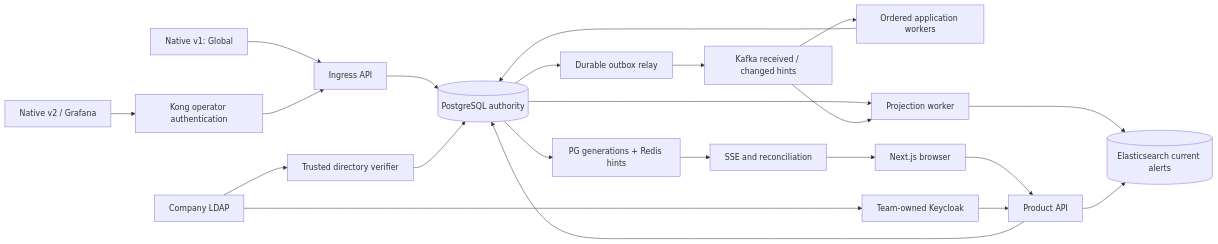
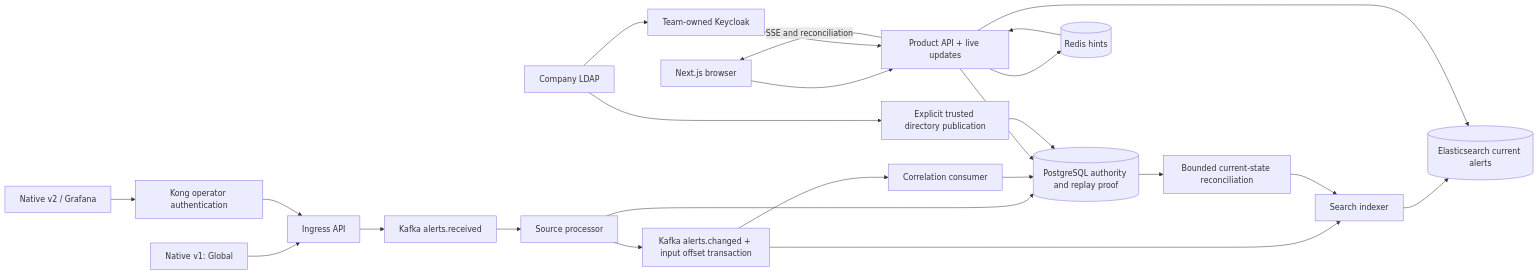
The diagram in specs/spec-alerts-management-system.md (keep-alert-operations/keep-design), drawn with Mermaid before and after one commit. The commit also changed other lines of this file and 19 other files, not shown here.

````diff
--- a/specs/spec-alerts-management-system.md
+++ b/specs/spec-alerts-management-system.md
@@ -57,24 +62,26 @@
 ```mermaid
 flowchart LR
   V1[Native v1: Global] --> Ingress[Ingress API]
   V2[Native v2 / Grafana] --> Kong[Kong operator authentication]
   Kong --> Ingress
-  Ingress --> PG[(PostgreSQL authority)]
-  PG --> Relay[Durable outbox relay]
-  Relay --> Kafka[Kafka received / changed hints]
-  Kafka --> Workers[Ordered application workers]
-  Workers --> PG
-  PG --> Indexer[Projection worker]
-  Kafka --> Indexer
+  Ingress --> Received[Kafka alerts.received]
+  Received --> Source[Source processor]
+  Source --> PG[(PostgreSQL authority and replay proof)]
+  Source --> Changed[Kafka alerts.changed + input offset transaction]
+  Changed --> Correlation[Correlation consumer]
+  Correlation --> PG
+  Changed --> Indexer[Search indexer]
+  PG --> Reconcile[Bounded current-state reconciliation]
+  Reconcile --> Indexer
   Indexer --> ES[(Elasticsearch current alerts)]
-  UI[Next.js browser] --> API[Product API]
+  UI[Next.js browser] --> API[Product API + live updates]
   API --> PG
   API --> ES
-  PG --> Live[PG generations + Redis hints]
-  Live --> SSE[SSE and reconciliation]
-  SSE --> UI
+  API --> Redis[(Redis hints)]
+  Redis --> API
+  API -->|SSE and reconciliation| UI
   LDAP[Company LDAP] --> KC[Team-owned Keycloak]
   KC --> API
-  LDAP --> Directory[Trusted directory verifier]
+  LDAP --> Directory[Explicit trusted directory publication]
   Directory --> PG
 ```
````
